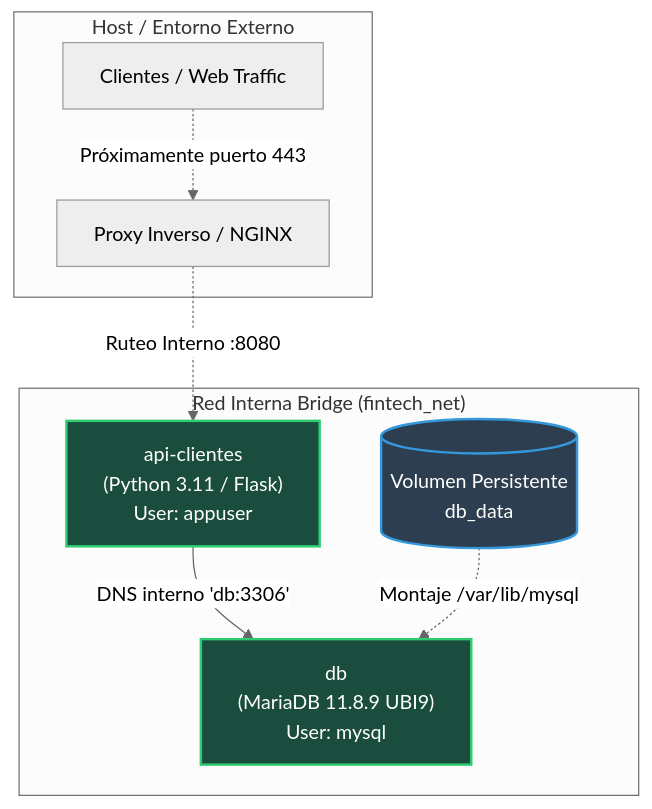
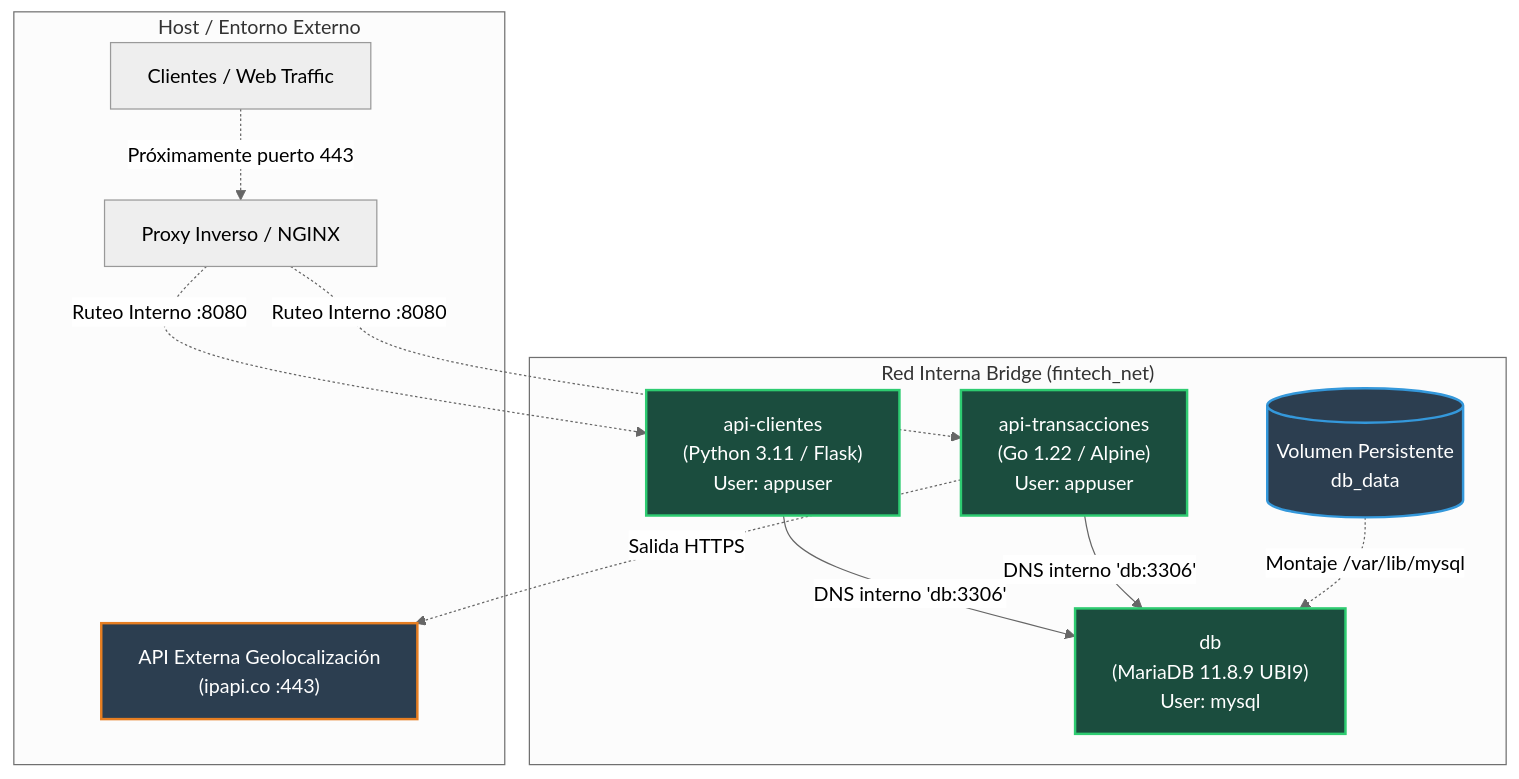
Before and after one commit to agusgut0/fintech-nova: the diagram in README.md, drawn with Mermaid (neutral theme). The commit also changed other lines of this file and 4 other files, not shown here.

First line of the commit message:
feat(api-transacciones): dockerizar microservicio en Go y actualizar documentacion

````diff
--- a/README.md
+++ b/README.md
@@ -38,18 +41,25 @@
 ```mermaid
 flowchart TD
     subgraph Host [" Host / Entorno Externo "]
         User[Clientes / Web Traffic] -.->|Próximamente puerto 443| Nginx[Proxy Inverso / NGINX]
+        GeoAPI["API Externa Geolocalización<br/>(ipapi.co :443)"]
     end
 
     subgraph InternalNet [" Red Interna Bridge (fintech_net) "]
         Nginx -.->|Ruteo Interno :8080| Clientes["api-clientes<br/>(Python 3.11 / Flask)<br/>User: appuser"]
+        Nginx -.->|Ruteo Interno :8080| Transacciones["api-transacciones<br/>(Go 1.22 / Alpine)<br/>User: appuser"]
+        
         Clientes -->|DNS interno 'db:3306'| DB["db<br/>(MariaDB 11.8.9 UBI9)<br/>User: mysql"]
+        Transacciones -->|DNS interno 'db:3306'| DB
+        Transacciones -.->|Salida HTTPS| GeoAPI
         
         Vol[(Volumen Persistente<br/>db_data)] -.->|Montaje /var/lib/mysql| DB
     end
 
     classDef secured fill:#1b4d3e,stroke:#2ecc71,stroke-width:2px,color:#fff;
     classDef storage fill:#2c3e50,stroke:#3498db,stroke-width:2px,color:#fff;
-    class Clientes,DB secured;
+    classDef external fill:#2c3e50,stroke:#e67e22,stroke-width:2px,color:#fff;
+    class Clientes,Transacciones,DB secured;
     class Vol storage;
+    class GeoAPI external;
 ```
````
